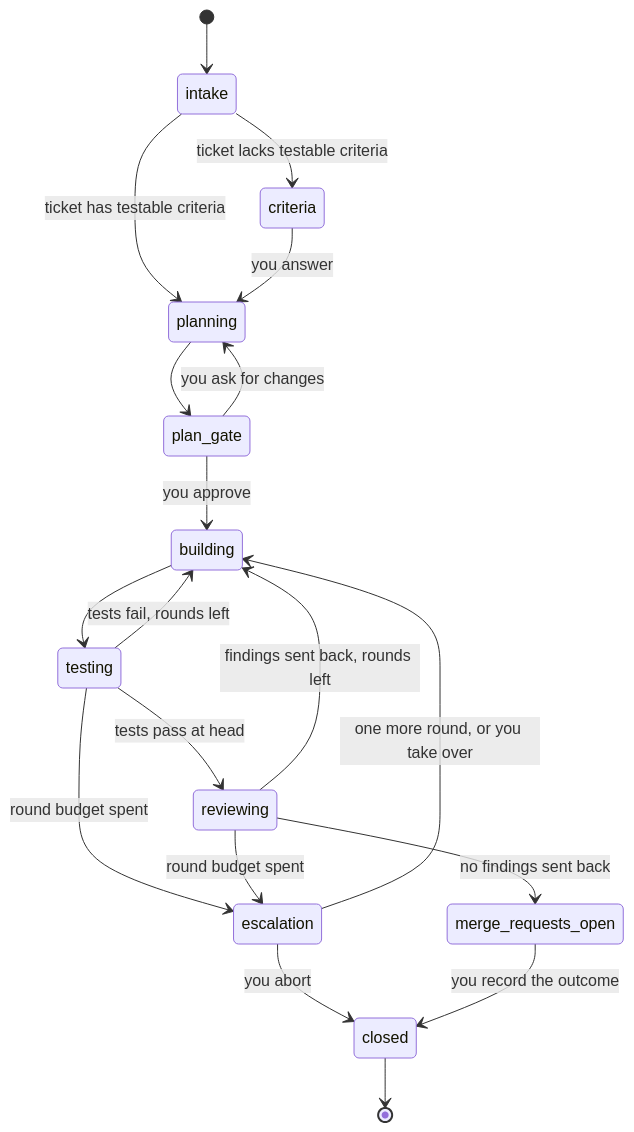
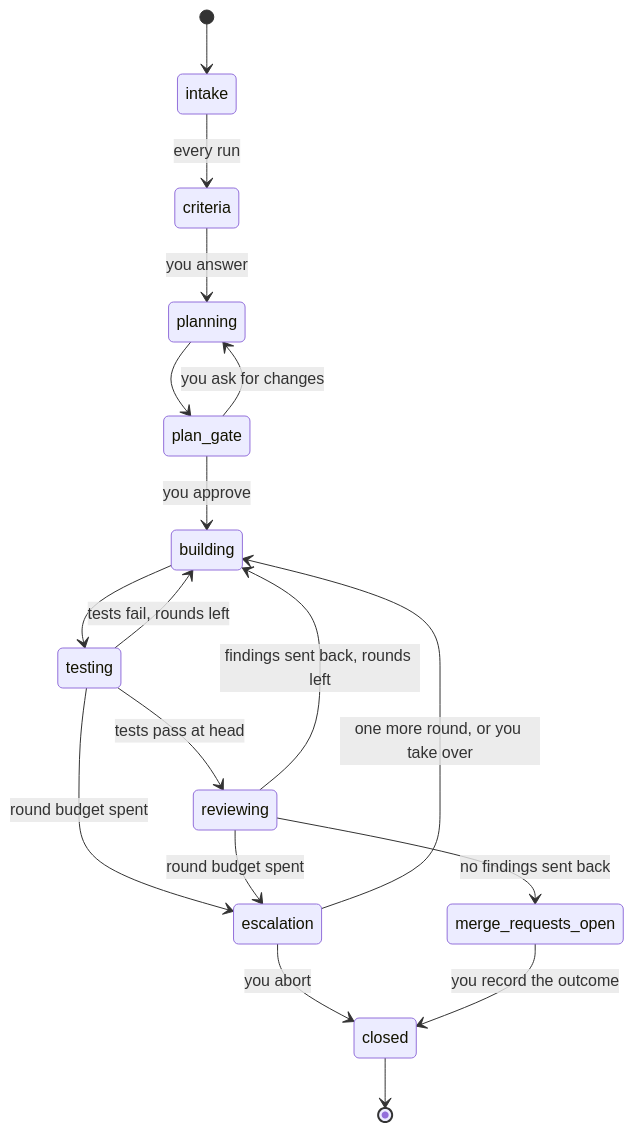
The diagram in docs/explanation/architecture.md (cobekarhoff/ark), drawn with Mermaid before and after one commit. The commit also changed other lines of this file, not shown here.

Commit message:
docs: architecture states the new criteria gate, test case and proof rules

````diff
--- a/docs/explanation/architecture.md
+++ b/docs/explanation/architecture.md
@@ -31,21 +31,20 @@
 ```mermaid
 stateDiagram-v2
   [*] --> intake
-  intake --> criteria: ticket lacks testable criteria
-  intake --> planning: ticket has testable criteria
+  intake --> criteria: every run
   criteria --> planning: you answer
   planning --> plan_gate
   plan_gate --> planning: you ask for changes
   plan_gate --> building: you approve
   building --> testing
   testing --> reviewing: tests pass at head
   testing --> building: tests fail, rounds left
   reviewing --> building: findings sent back, rounds left
   reviewing --> merge_requests_open: no findings sent back
   testing --> escalation: round budget spent
   reviewing --> escalation: round budget spent
   escalation --> building: one more round, or you take over
   escalation --> closed: you abort
   merge_requests_open --> closed: you record the outcome
   closed --> [*]
 ```
````
